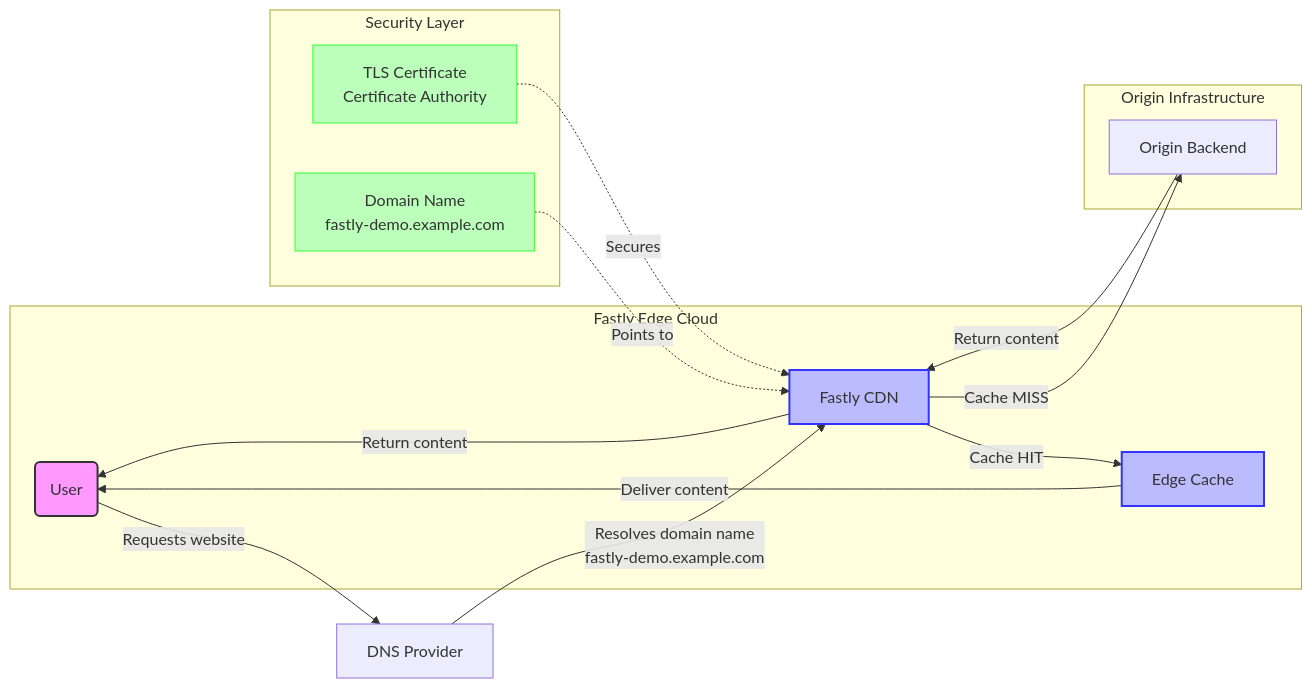
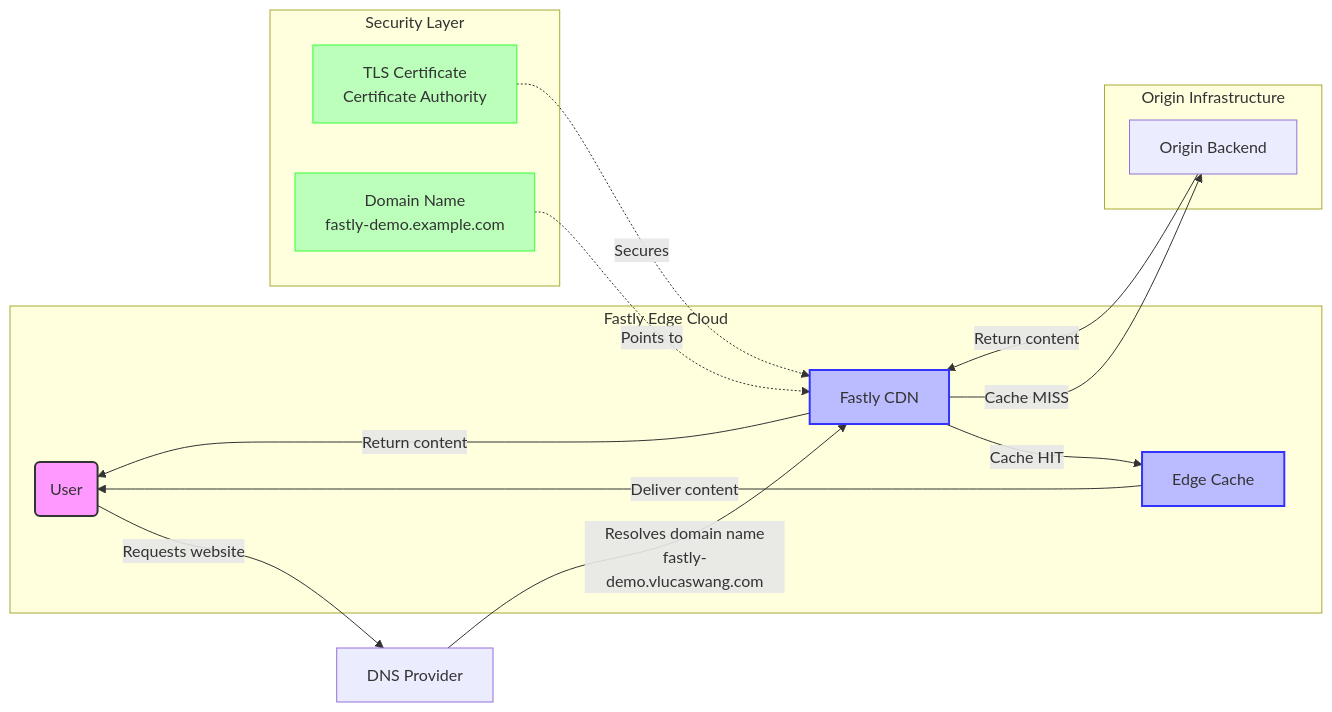
The first of 2 diagrams in docs/design/solution-design.md (vlucaswang/fastly-demo), drawn with Mermaid before and after one commit. The commit also changed other lines of this file and 8 other files, not shown here.

````diff
--- a/docs/design/solution-design.md
+++ b/docs/design/solution-design.md
@@ -25,29 +25,29 @@
 ```mermaid
 graph LR
     User(User) -->|Requests website| DNS[DNS Provider]
-    DNS -->|Resolves domain name<br>fastly-demo.example.com| Fastly[Fastly CDN]
+    DNS -->|Resolves domain name<br>fastly-demo.vlucaswang.com| Fastly[Fastly CDN]
     Cache -->|Deliver content| User
 
     subgraph "Fastly Edge Cloud"
         Fastly -->|Cache HIT| Cache[Edge Cache]
         Fastly -->|Return content| User
     end
 
     subgraph "Origin Infrastructure"
         Fastly -->|Cache MISS| Origin
         Origin[Origin Backend] -->|Return content| Fastly
     end
 
     subgraph "Security Layer"
         TLS[TLS Certificate<br>Certificate Authority] -.->|Secures| Fastly
         Domain[Domain Name<br>fastly-demo.example.com] -.->|Points to| Fastly
     end
 
     classDef user fill:#f9f,stroke:#333,stroke-width:2px;
     classDef fastly fill:#bbf,stroke:#33f,stroke-width:2px;
     classDef security fill:#bfb,stroke:#3f3,stroke-width:1px;
 
     class User user;
     class Fastly,Cache fastly;
     class TLS,Domain security;
 ```
````
